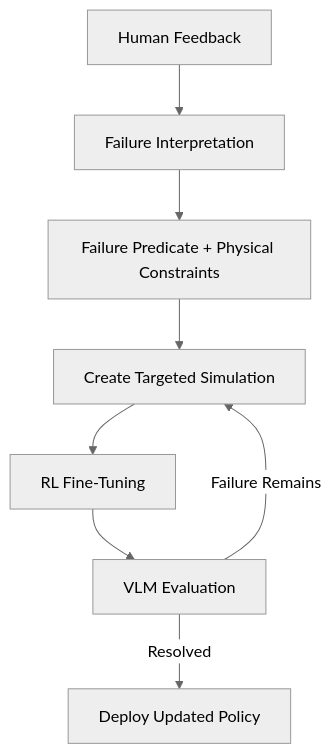
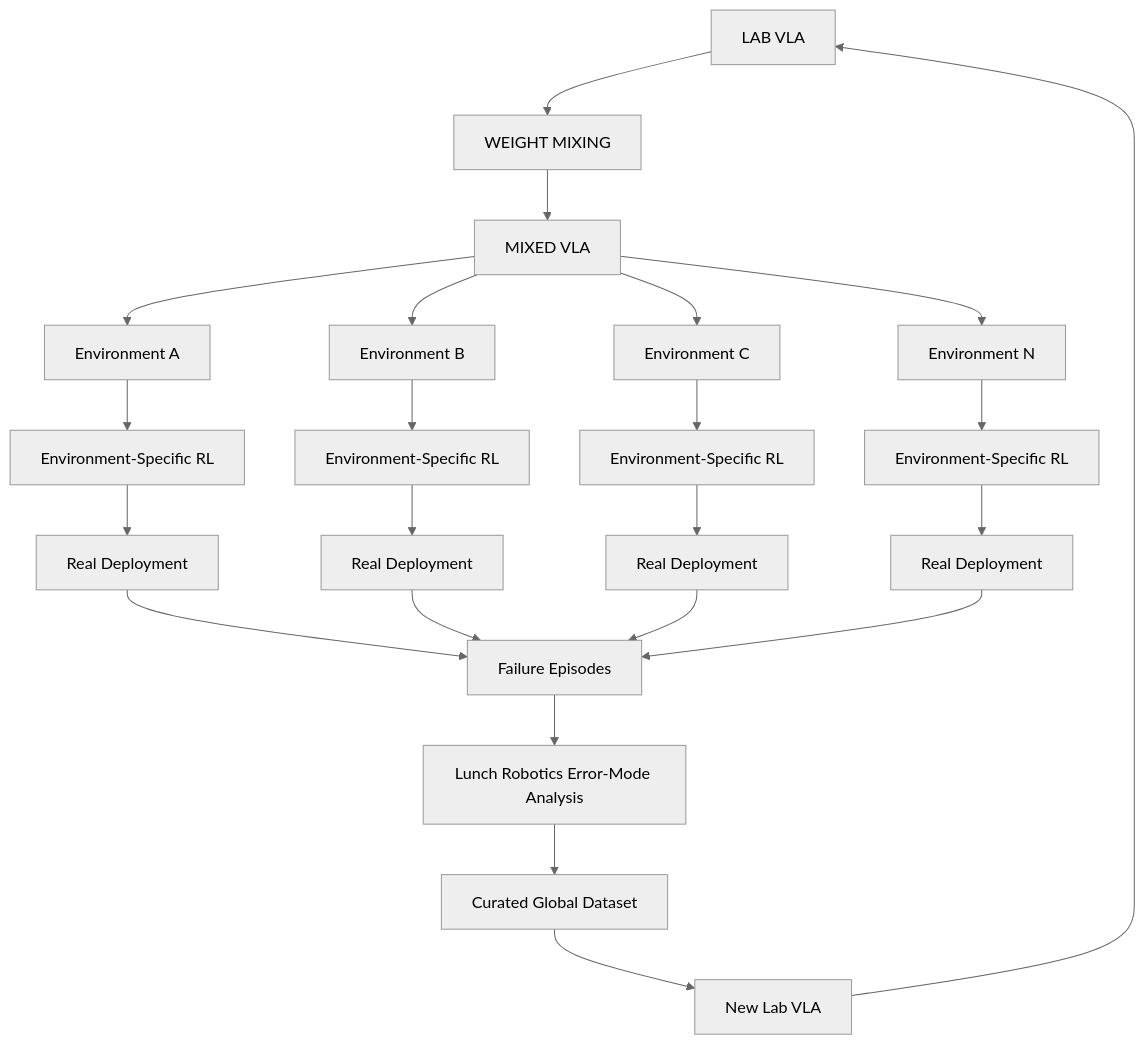
One commit to Freelunch-AI/freelunch-ide changed the ninth of 13 diagrams in docs/specs/post-demo/lunch_robotics.md. Above: the diagram before and after it, drawn with Mermaid (neutral theme). The commit also changed other lines of this file, not shown here.

````diff
--- a/docs/specs/post-demo/lunch_robotics.md
+++ b/docs/specs/post-demo/lunch_robotics.md
@@ -1089,13 +942,33 @@
 ```mermaid
 flowchart TD
-    A["Human Feedback"] --> B["Failure Interpretation"]
-    B --> C["Failure Predicate + Physical Constraints"]
+    A["LAB VLA"] --> B["WEIGHT MIXING"]
+    B --> C["MIXED VLA"]
 
-    C --> D["Create Targeted Simulation"]
+    C --> D["Environment A"]
+    C --> E["Environment B"]
+    C --> F["Environment C"]
+    C --> G["Environment N"]
 
-    D --> E["RL Fine-Tuning"]
-    E --> F["VLM Evaluation"]
+    D --> D1["Environment-Specific RL"]
+    E --> E1["Environment-Specific RL"]
+    F --> F1["Environment-Specific RL"]
+    G --> G1["Environment-Specific RL"]
 
-    F -->|"Failure Remains"| D
-    F -->|"Resolved"| G["Deploy Updated Policy"]
+    D1 --> D2["Real Deployment"]
+    E1 --> E2["Real Deployment"]
+    F1 --> F2["Real Deployment"]
+    G1 --> G2["Real Deployment"]
+
+    D2 --> H["Failure Episodes"]
+    E2 --> H
+    F2 --> H
+    G2 --> H
+
+    H --> I["Lunch Robotics Error-Mode Analysis"]
+
+    I --> J["Curated Global Dataset"]
+
+    J --> K["New Lab VLA"]
+
+    K --> A
 ```
````
